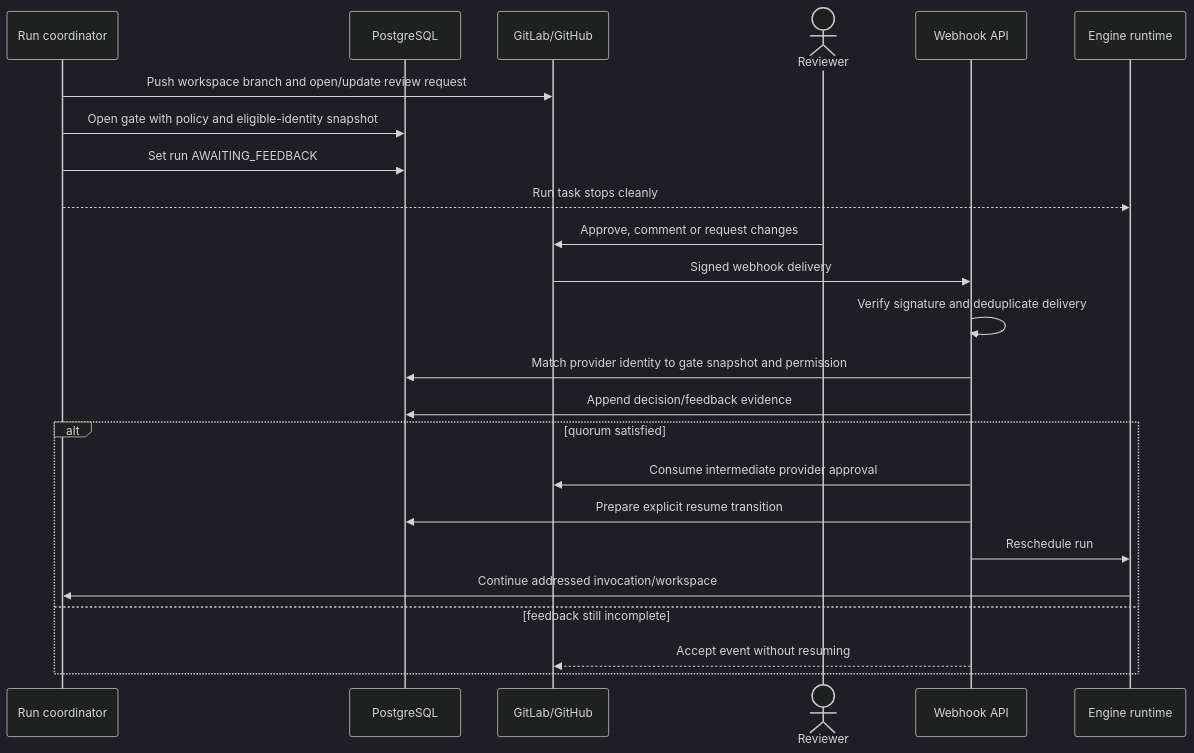
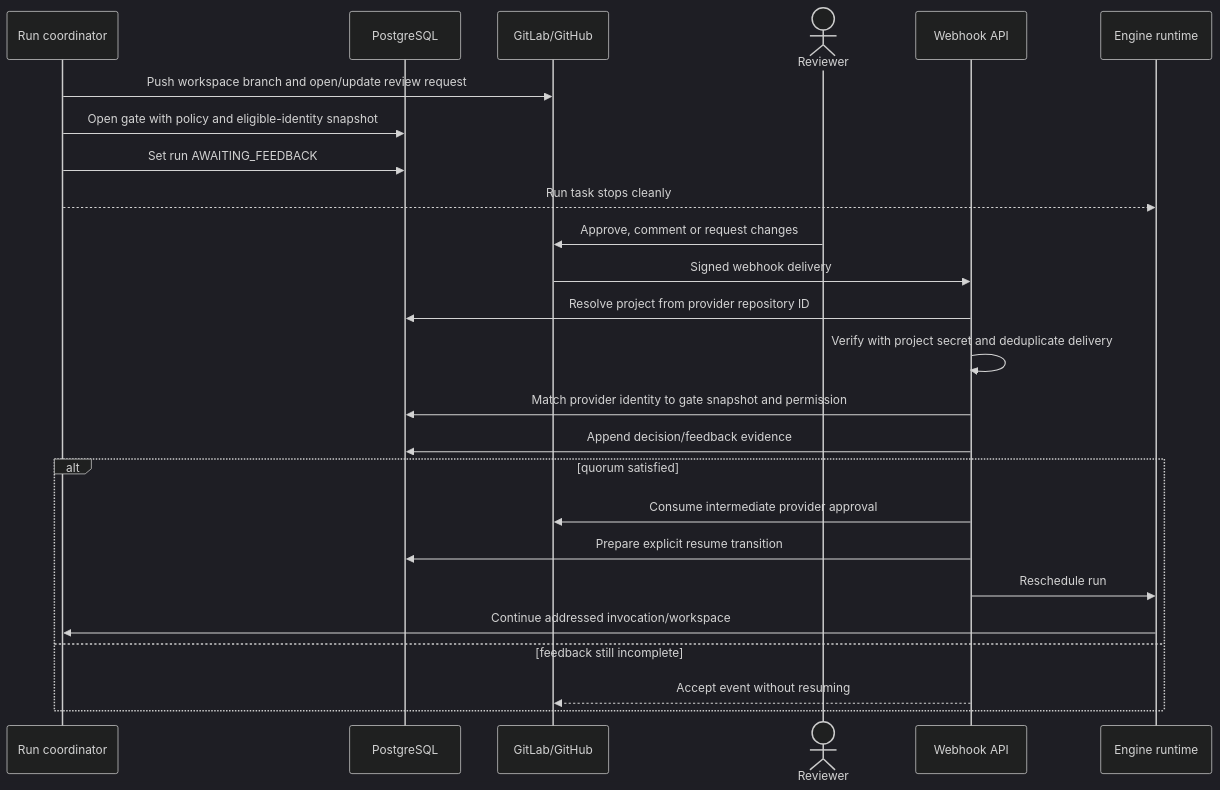
Before and after one commit to anomaes/Kyron: the third of 4 diagrams in docs/architecture/runtime-sequences.md, drawn with Mermaid (dark theme). The commit also changed 30 other files, not shown here.

Commit message:
feat(projects): manage webhook secrets per project

````diff
--- a/docs/architecture/runtime-sequences.md
+++ b/docs/architecture/runtime-sequences.md
@@ -96,29 +96,30 @@
 ```mermaid
 sequenceDiagram
     participant Coord as Run coordinator
     participant DB as PostgreSQL
     participant Host as GitLab/GitHub
     actor Reviewer
     participant Webhook as Webhook API
     participant Runtime as Engine runtime
 
     Coord->>Host: Push workspace branch and open/update review request
     Coord->>DB: Open gate with policy and eligible-identity snapshot
     Coord->>DB: Set run AWAITING_FEEDBACK
     Coord-->>Runtime: Run task stops cleanly
 
     Reviewer->>Host: Approve, comment or request changes
     Host->>Webhook: Signed webhook delivery
-    Webhook->>Webhook: Verify signature and deduplicate delivery
+    Webhook->>DB: Resolve project from provider repository ID
+    Webhook->>Webhook: Verify with project secret and deduplicate delivery
     Webhook->>DB: Match provider identity to gate snapshot and permission
     Webhook->>DB: Append decision/feedback evidence
 
     alt quorum satisfied
         Webhook->>Host: Consume intermediate provider approval
         Webhook->>DB: Prepare explicit resume transition
         Webhook->>Runtime: Reschedule run
         Runtime->>Coord: Continue addressed invocation/workspace
     else feedback still incomplete
         Webhook-->>Host: Accept event without resuming
     end
 ```
````
